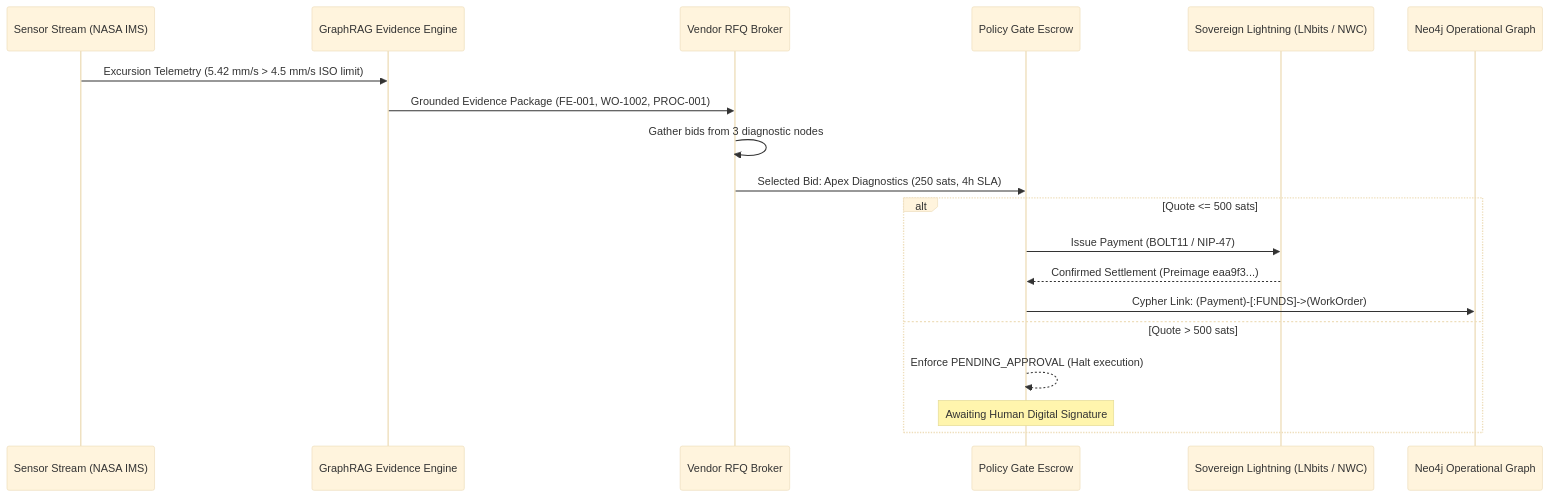
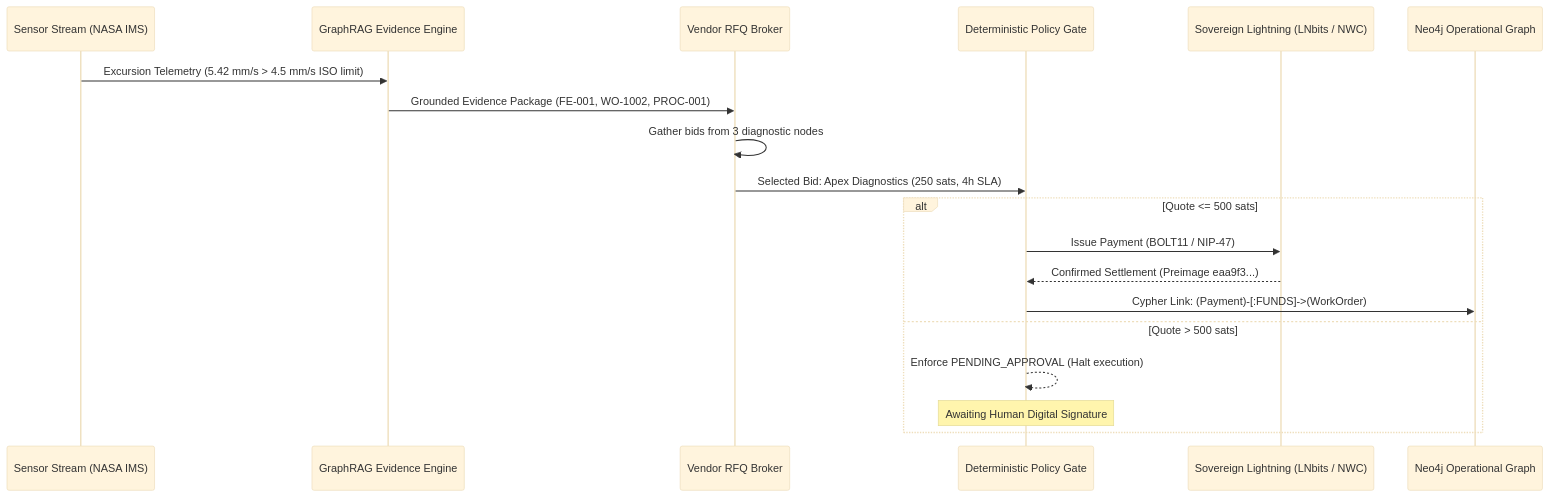
The third of 3 diagrams in ARCHITECTURE.md (Niss54/paypal), drawn with Mermaid (base theme) before and after one commit. The commit also changed other lines of this file and 26 other files, not shown here.

````diff
--- a/ARCHITECTURE.md
+++ b/ARCHITECTURE.md
@@ -150,22 +150,22 @@
 ```mermaid
 sequenceDiagram
     participant S as Sensor Stream (NASA IMS)
     participant G as GraphRAG Evidence Engine
     participant RFQ as Vendor RFQ Broker
-    participant P as Policy Gate Escrow
+    participant P as Deterministic Policy Gate
     participant LN as Sovereign Lightning (LNbits / NWC)
     participant N4J as Neo4j Operational Graph
 
     S->>G: Excursion Telemetry (5.42 mm/s > 4.5 mm/s ISO limit)
     G->>RFQ: Grounded Evidence Package (FE-001, WO-1002, PROC-001)
     RFQ->>RFQ: Gather bids from 3 diagnostic nodes
     RFQ->>P: Selected Bid: Apex Diagnostics (250 sats, 4h SLA)
     alt Quote <= 500 sats
         P->>LN: Issue Payment (BOLT11 / NIP-47)
         LN-->>P: Confirmed Settlement (Preimage eaa9f3...)
         P->>N4J: Cypher Link: (Payment)-[:FUNDS]->(WorkOrder)
     else Quote > 500 sats
         P-->>P: Enforce PENDING_APPROVAL (Halt execution)
         Note over P: Awaiting Human Digital Signature
     end
 ```
````
